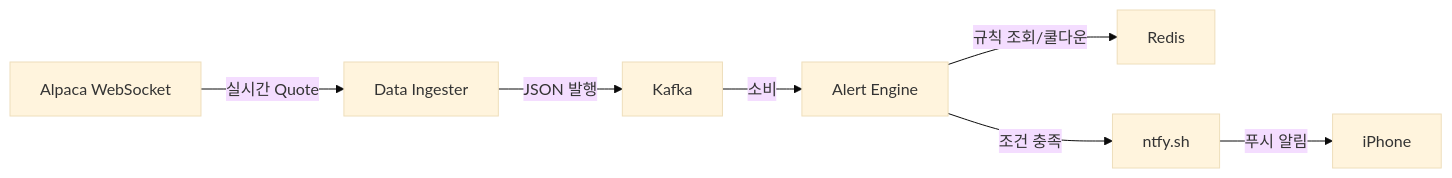
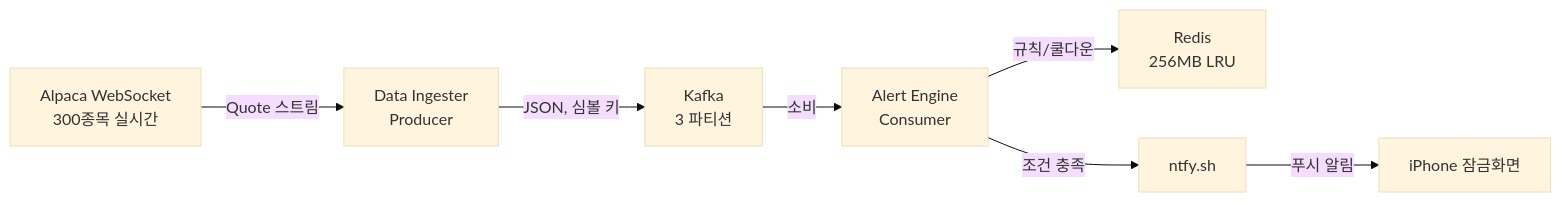
One commit to jaemanc/alpaca_api changed the first of 2 diagrams in README.md. Above: the diagram before and after it, drawn with Mermaid (base theme). The commit also changed other lines of this file, not shown here.

````diff
--- a/README.md
+++ b/README.md
@@ -7,9 +7,9 @@
 ```mermaid
 graph LR
-    A[Alpaca WebSocket] -->|실시간 Quote| B[Data Ingester]
-    B -->|JSON 발행| C[Kafka]
-    C -->|소비| D[Alert Engine]
-    D -->|규칙 조회/쿨다운| E[Redis]
+    A[Alpaca WebSocket<br/>300종목 실시간] -->|Quote 스트림| B[Data Ingester<br/>Producer]
+    B -->|JSON, 심볼 키| C[Kafka<br/>3 파티션]
+    C -->|소비| D[Alert Engine<br/>Consumer]
+    D -->|규칙/쿨다운| E[Redis<br/>256MB LRU]
     D -->|조건 충족| F[ntfy.sh]
-    F -->|푸시 알림| G[iPhone]
+    F -->|푸시 알림| G[iPhone 잠금화면]
 ```
````
